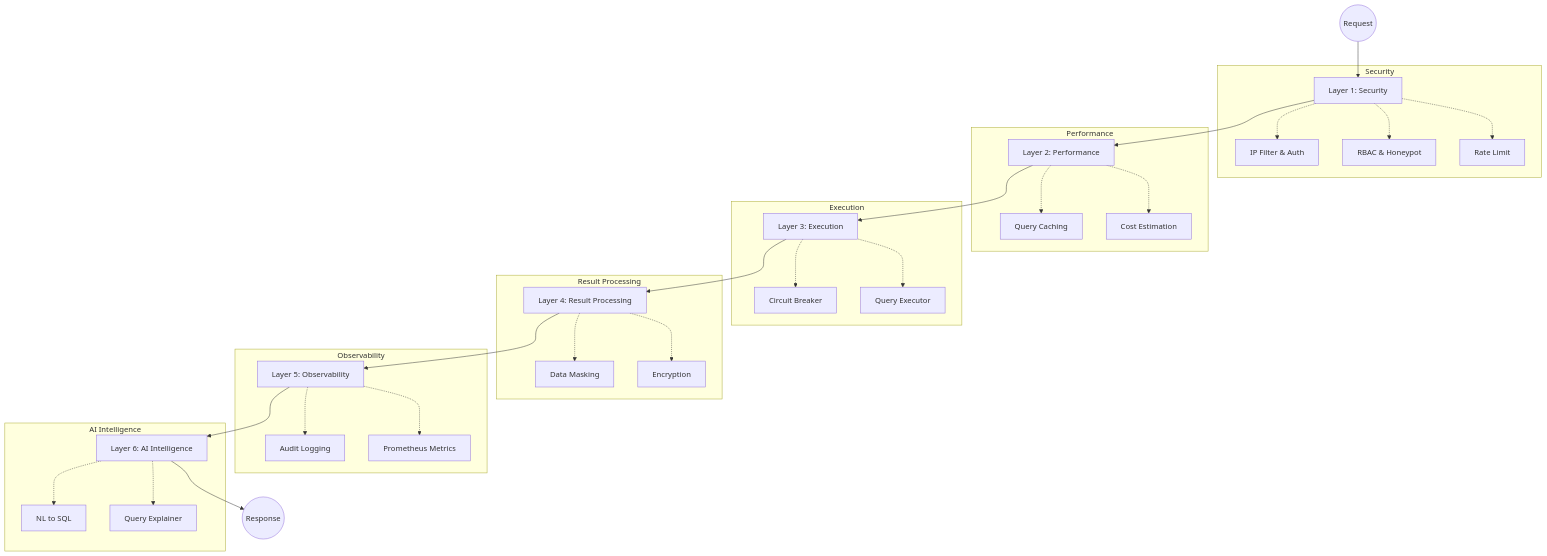
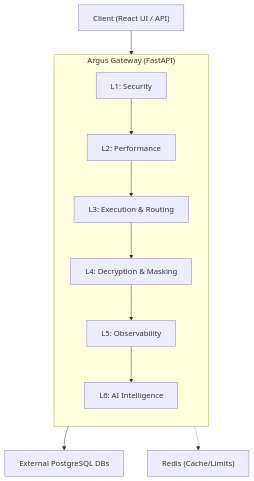
The diagram in README.md (mmaroof487/SIQG), drawn with Mermaid before and after one commit. The commit also changed other lines of this file and 3 other files, not shown here.

Commit message:
docs: restructure README and expand API, Encryption and ER models

````diff
--- a/README.md
+++ b/README.md
@@ -51,41 +28,16 @@
 ```mermaid
-graph TD
-    Client((Request)) --> L1
-    L1[Layer 1: Security] --> L2[Layer 2: Performance]
-    L2 --> L3[Layer 3: Execution]
-    L3 --> L4[Layer 4: Result Processing]
-    L4 --> L5[Layer 5: Observability]
-    L5 --> L6[Layer 6: AI Intelligence]
-    L6 --> Resp((Response))
-
-    subgraph Security
-        L1 -.-> IP[IP Filter & Auth]
-        L1 -.-> RBAC[RBAC & Honeypot]
-        L1 -.-> RL[Rate Limit]
+graph TB
+    CLIENT["Client (React UI / API)"] --> GATEWAY
+    
+    subgraph GATEWAY["Argus Gateway (FastAPI)"]
+        direction TB
+        L1["L1: Security"] --> L2["L2: Performance"]
+        L2 --> L3["L3: Execution & Routing"]
+        L3 --> L4["L4: Decryption & Masking"]
+        L4 --> L5["L5: Observability"]
+        L5 --> L6["L6: AI Intelligence"]
     end
-
-    subgraph Performance
-        L2 -.-> Cache[Query Caching]
-        L2 -.-> Budget[Cost Estimation]
-    end
-
-    subgraph Execution
-        L3 -.-> CB[Circuit Breaker]
-        L3 -.-> Exec[Query Executor]
-    end
-
-    subgraph "Result Processing"
-        L4 -.-> Mask[Data Masking]
-        L4 -.-> Encrypt[Encryption]
-    end
-
-    subgraph Observability
-        L5 -.-> Audit[Audit Logging]
-        L5 -.-> Metrics[Prometheus Metrics]
-    end
-
-    subgraph "AI Intelligence"
-        L6 -.-> NLSQL[NL to SQL]
-        L6 -.-> Explain[Query Explainer]
-    end
+    
+    GATEWAY --> DB["External PostgreSQL DBs"]
+    GATEWAY -.-> REDIS["Redis (Cache/Limits)"]
 ```
````
